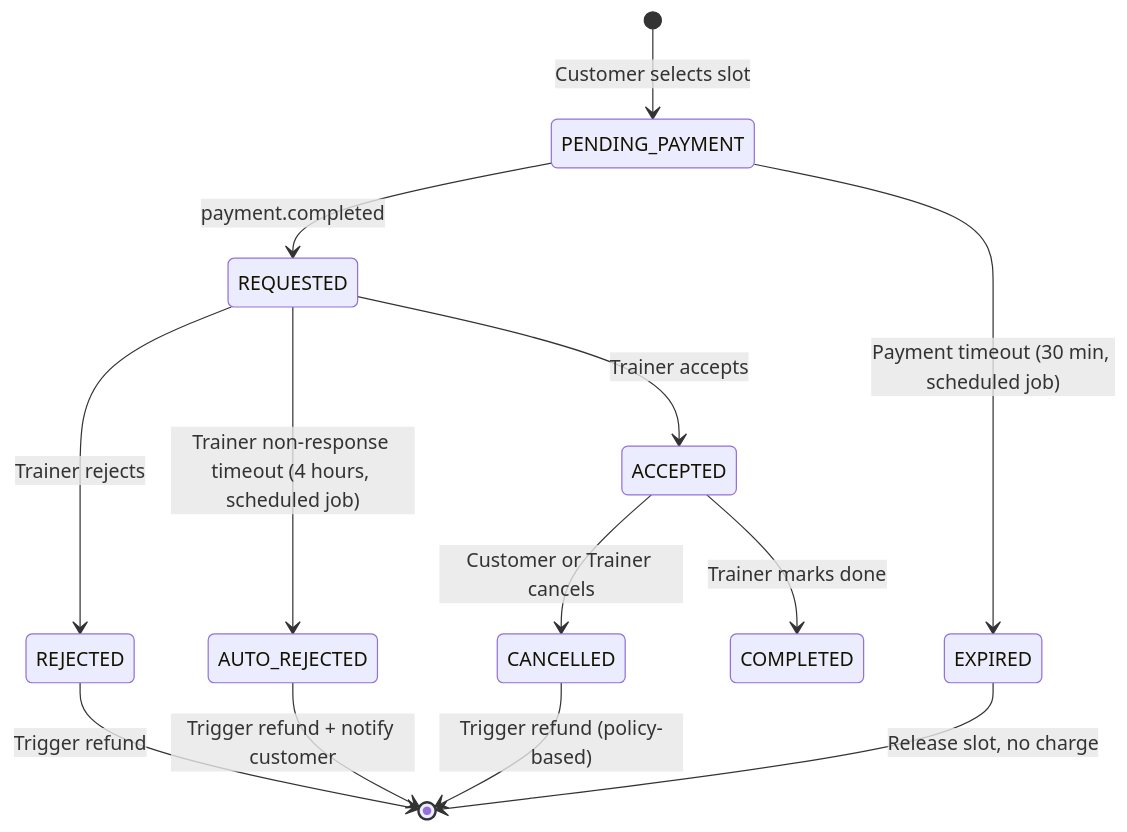
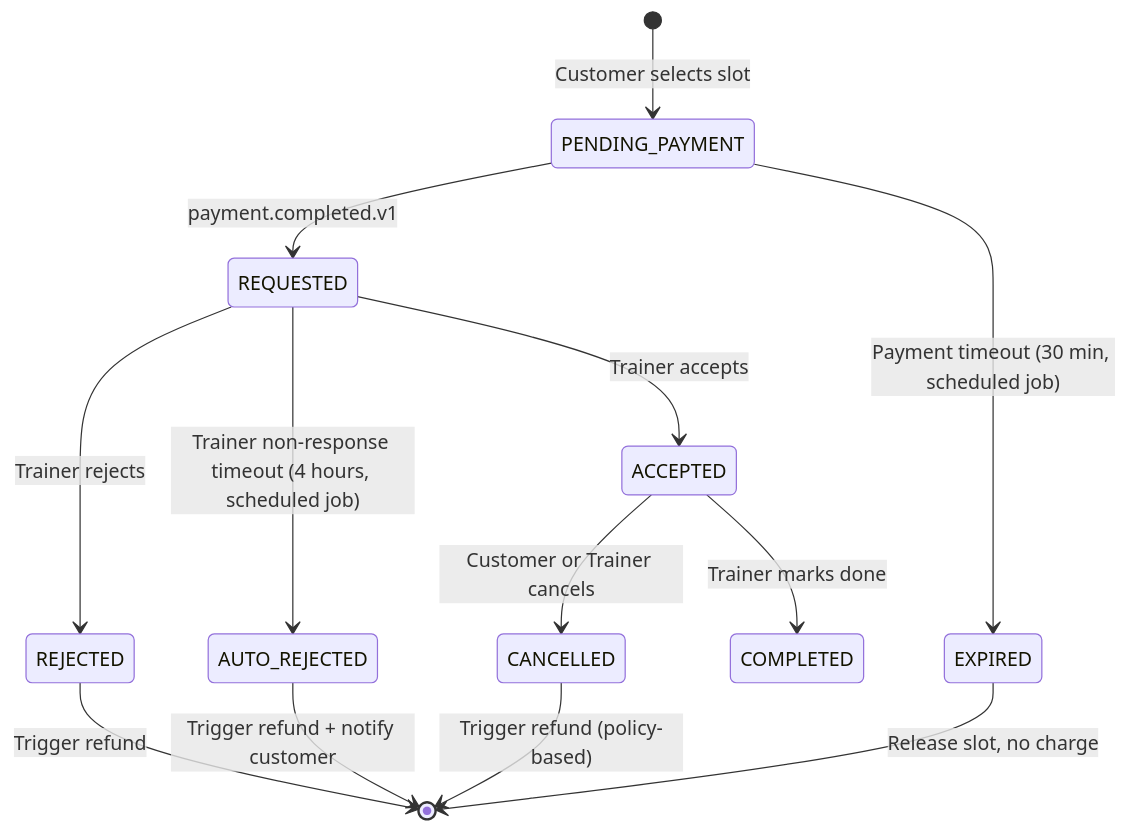
One commit to pploc/gym-architect changed the second of 5 diagrams in services/05-ms-gym-trainer.md. Above: the diagram before and after it, drawn with Mermaid. The commit also changed other lines of this file and 15 other files, not shown here.

````diff
--- a/services/05-ms-gym-trainer.md
+++ b/services/05-ms-gym-trainer.md
@@ -62,18 +62,18 @@
 ```mermaid
 stateDiagram-v2
     [*] --> PENDING_PAYMENT: Customer selects slot
-    PENDING_PAYMENT --> REQUESTED: payment.completed
+    PENDING_PAYMENT --> REQUESTED: payment.completed.v1
     PENDING_PAYMENT --> EXPIRED: Payment timeout (30 min, scheduled job)
 
     REQUESTED --> ACCEPTED: Trainer accepts
     REQUESTED --> REJECTED: Trainer rejects
     REQUESTED --> AUTO_REJECTED: Trainer non-response timeout (4 hours, scheduled job)
 
     ACCEPTED --> COMPLETED: Trainer marks done
     ACCEPTED --> CANCELLED: Customer or Trainer cancels
 
     REJECTED --> [*]: Trigger refund
     AUTO_REJECTED --> [*]: Trigger refund + notify customer
     CANCELLED --> [*]: Trigger refund (policy-based)
     EXPIRED --> [*]: Release slot, no charge
 ```
````
